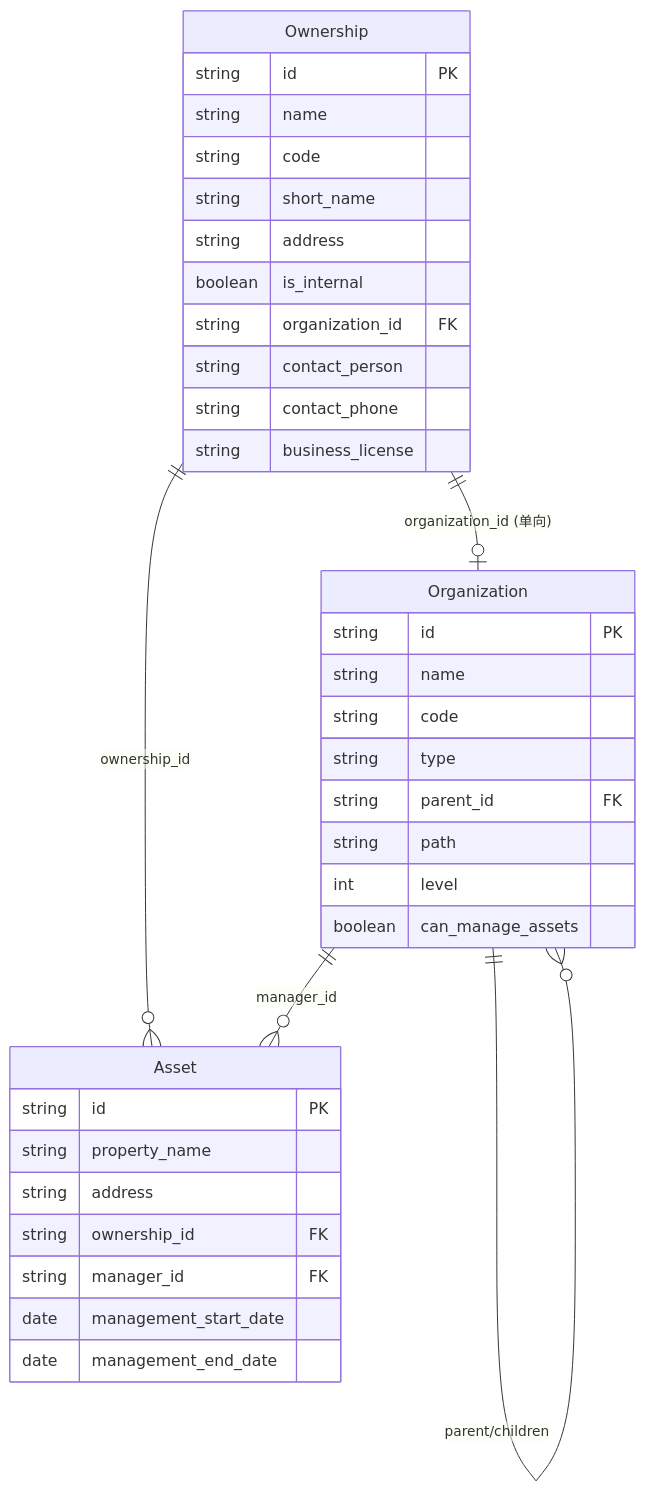
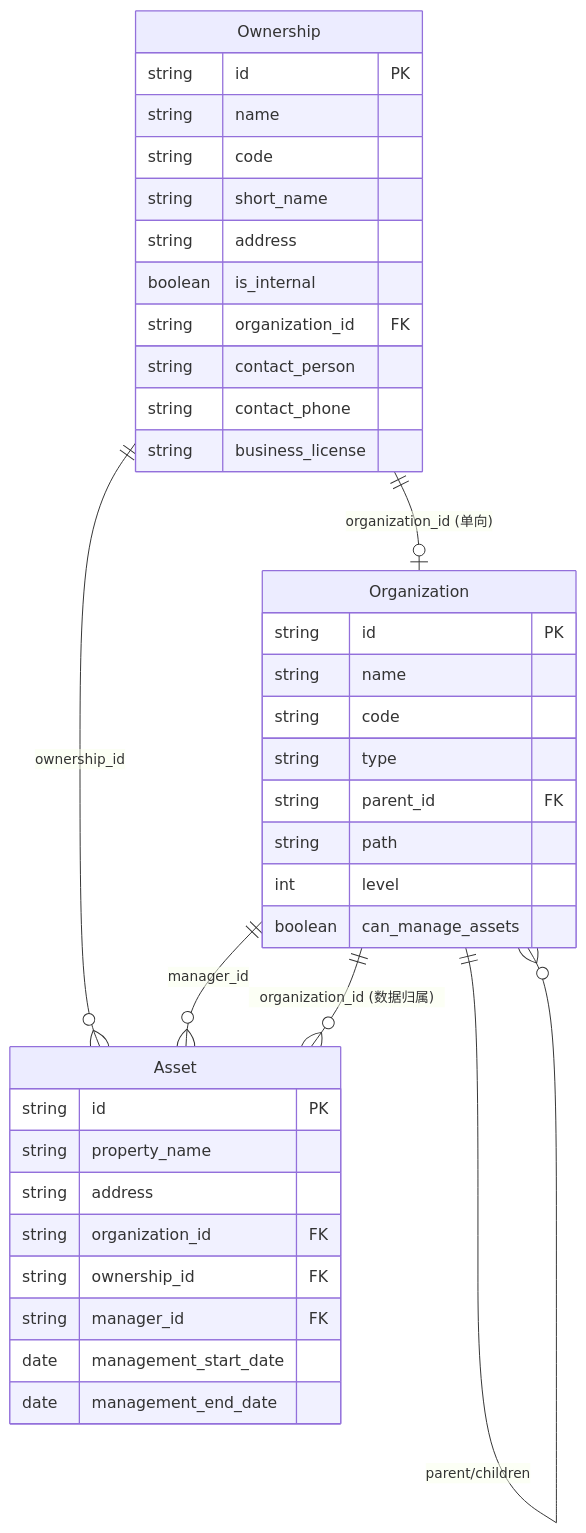
One commit to yqy2026/zcgl changed the diagram in docs/plans/2026-02-16-organization-architecture-design.md. Above: the diagram before and after it, drawn with Mermaid. The commit also changed other lines of this file, not shown here.

First line of the commit message:
docs: update organization design with cross-org permission support

````diff
--- a/docs/plans/2026-02-16-organization-architecture-design.md
+++ b/docs/plans/2026-02-16-organization-architecture-design.md
@@ -325,41 +380,43 @@
 ```mermaid
 erDiagram
     Organization ||--o{ Organization : "parent/children"
     Ownership ||--o| Organization : "organization_id (单向)"
     Ownership ||--o{ Asset : "ownership_id"
     Organization ||--o{ Asset : "manager_id"
+    Organization ||--o{ Asset : "organization_id (数据归属)"
     
     Organization {
         string id PK
         string name
         string code
         string type
         string parent_id FK
         string path
         int level
         boolean can_manage_assets
     }
     
     Ownership {
         string id PK
         string name
         string code
         string short_name
         string address
         boolean is_internal
         string organization_id FK
         string contact_person
         string contact_phone
         string business_license
     }
     
     Asset {
         string id PK
         string property_name
         string address
+        string organization_id FK
         string ownership_id FK
         string manager_id FK
         date management_start_date
         date management_end_date
     }
 ```
````
